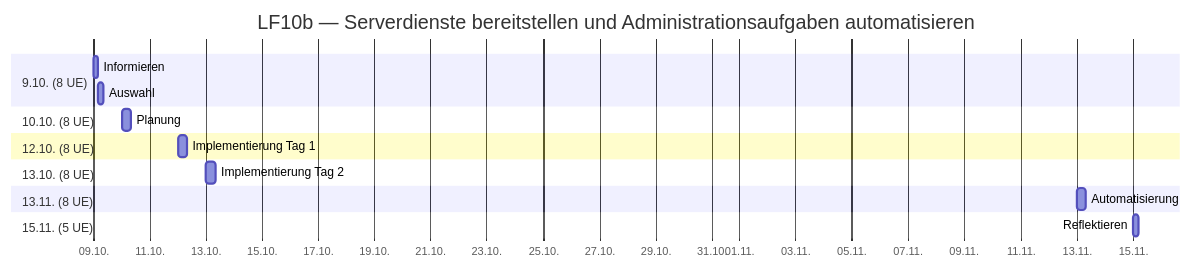
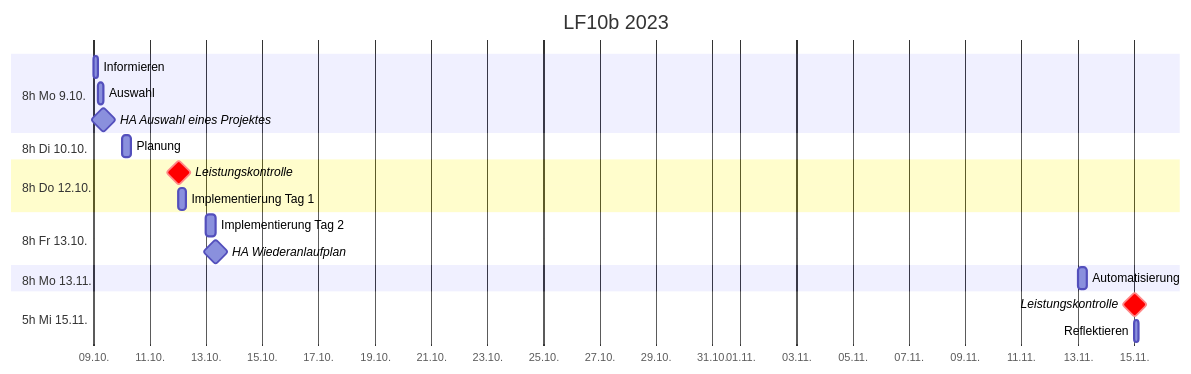
Before and after one commit to johannesloetzsch/LF10b: the diagram in src/plan.md, drawn with Mermaid. The commit also changed other lines of this file and 3 other files, not shown here.

````diff
--- a/src/plan.md
+++ b/src/plan.md
@@ -5,19 +5,23 @@
 ```mermaid
 gantt
- title LF10b — Serverdienste bereitstellen und Administrationsaufgaben automatisieren
+ title LF10b 2023
  dateFormat YYYY-MM-DD
  axisFormat %d.%m.
- section  9.10. (8 UE)
-  Informieren           :informieren, 2023-10-09, 4h
-  Auswahl               :auswahl,after informieren, 4h
- section 10.10. (8 UE)
-  Planung               :planung, 2023-10-10, 8h
- section 12.10. (8 UE)
-  Implementierung Tag 1 :Implementierung, 2023-10-12, 8h
- section 13.10. (8 UE)
-  Implementierung Tag 2 :Implementierung, 2023-10-13, 8h
- section 13.11. (8 UE)
-  Automatisierung       :Automatisierung, 2023-11-13, 8h
- section 15.11. (5 UE)
-  Reflektieren          :Reflektieren, 2023-11-15, 5h
+ section 8h Mo 9.10.
+  Informieren                :informieren, 2023-10-09, 4h
+  Auswahl                    :auswahl,after informieren, 4h
+  HA Auswahl eines Projektes :milestone, after auswahl 
+ section 8h Di 10.10.
+  Planung                    :planung, 2023-10-10, 8h
+ section 8h Do 12.10.
+  Leistungskontrolle         :crit, milestone, 2023-10-12, 1h
+  Implementierung Tag 1      :2023-10-12, 7h
+ section 8h Fr 13.10.
+  Implementierung Tag 2      :implementierung, 2023-10-13, 8h
+  HA Wiederanlaufplan        :milestone, after implementierung
+ section 8h Mo 13.11.
+  Automatisierung            :2023-11-13, 8h
+ section 5h Mi 15.11.
+  Leistungskontrolle         :crit, milestone, 2023-11-15, 1h
+  Reflektieren               :2023-11-15, 4h
 ```
````
